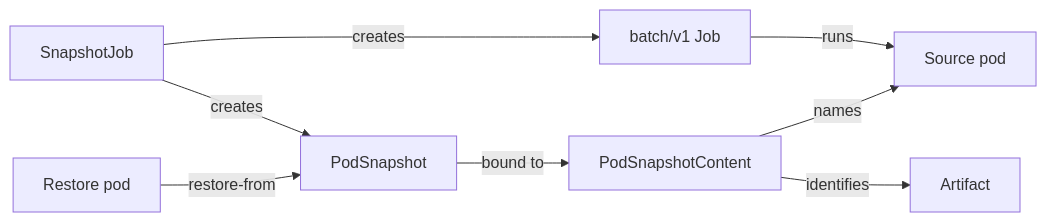
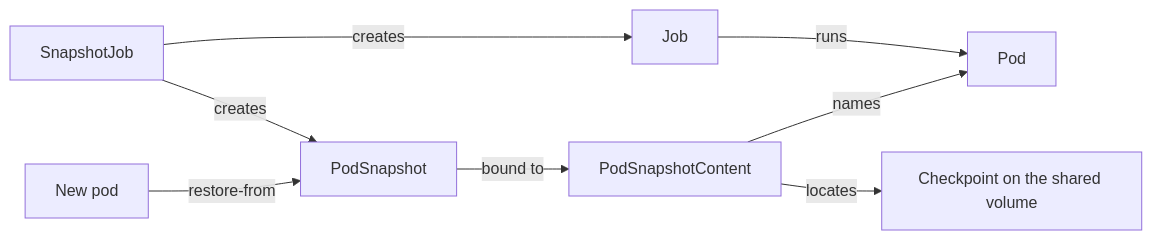
Before and after one commit to ai-dynamo/snapshot: the second of 2 diagrams in docs/reference/architecture/README.md, drawn with Mermaid. The commit also changed other lines of this file and 5 other files, not shown here.

First line of the commit message:
docs(architecture): lead each page with the big picture and define terms

````diff
--- a/docs/reference/architecture/README.md
+++ b/docs/reference/architecture/README.md
@@ -129,10 +114,10 @@
 ```mermaid
 flowchart LR
-    SJ["SnapshotJob"] -->|creates| Job["batch/v1 Job"]
+    SJ["SnapshotJob"] -->|creates| Job["Job"]
     SJ -->|creates| PS["PodSnapshot"]
-    Job -->|runs| Src["Source pod"]
+    Job -->|runs| Src["Pod"]
     PS -->|bound to| PSC["PodSnapshotContent"]
     PSC -->|names| Src
-    PSC -->|identifies| Art["Artifact"]
-    Dst["Restore pod"] -->|restore-from| PS
+    PSC -->|locates| Art["Checkpoint on the shared volume"]
+    Dst["New pod"] -->|restore-from| PS
 ```
````
